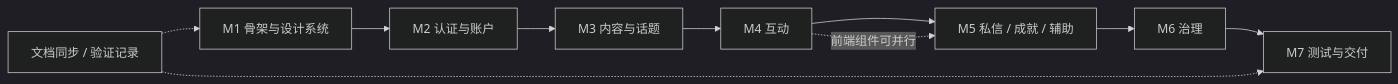
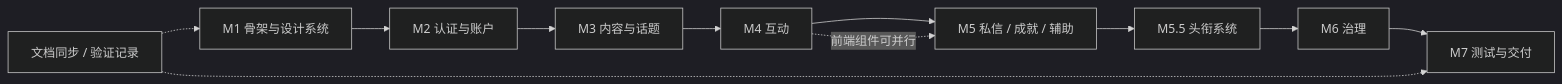
The diagram in docs/IMPLEMENTATION-PLAN.md (xiaoyu-hue/starpal), drawn with Mermaid (dark theme) before and after one commit. The commit also changed other lines of this file and 1 other file, not shown here.

First line of the commit message:
docs(plan): 立项 M5.5 头衔系统（GitHub 调研 + 计划/README 同步）

````diff
--- a/docs/IMPLEMENTATION-PLAN.md
+++ b/docs/IMPLEMENTATION-PLAN.md
@@ -61,12 +62,13 @@
 ```mermaid
 flowchart LR
     M1["M1 骨架与设计系统"] --> M2["M2 认证与账户"]
     M2 --> M3["M3 内容与话题"]
     M3 --> M4["M4 互动"]
     M4 --> M5["M5 私信 / 成就 / 辅助"]
     M4 -.->|"前端组件可并行"| M5
-    M5 --> M6["M6 治理"]
+    M5 --> M55["M5.5 头衔系统"]
+    M55 --> M6["M6 治理"]
     M6 --> M7["M7 测试与交付"]
     DOC["文档同步 / 验证记录"] -.-> M1
     DOC -.-> M7
 ```
````
